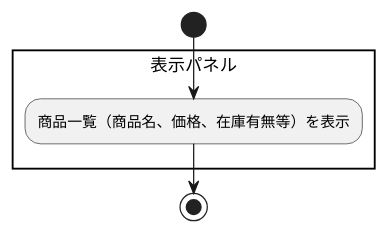
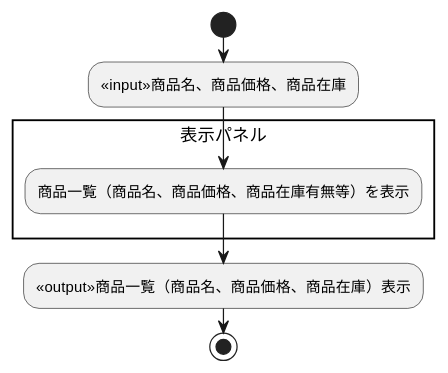
Before and after one commit to masaki-kato-119/VendingMachine: the diagram in アクティビティ図_機能/商品一覧を表示する.wsd, drawn with PlantUML. The commit also changed 11 other files, not shown here.

Commit message:
Add sequence diagrams to verify functionality

```diff
--- a/アクティビティ図_機能/商品一覧を表示する.wsd
+++ b/アクティビティ図_機能/商品一覧を表示する.wsd
@@ -1,7 +1,9 @@
 @startuml
 start
+:<<input>>商品名、商品価格、商品在庫;
 rectangle 表示パネル {
-    :商品一覧（商品名、価格、在庫有無等）を表示;
+    :商品一覧（商品名、商品価格、商品在庫有無等）を表示;
 }
+:<<output>>商品一覧（商品名、商品価格、商品在庫）表示;
 stop
 @enduml
```
